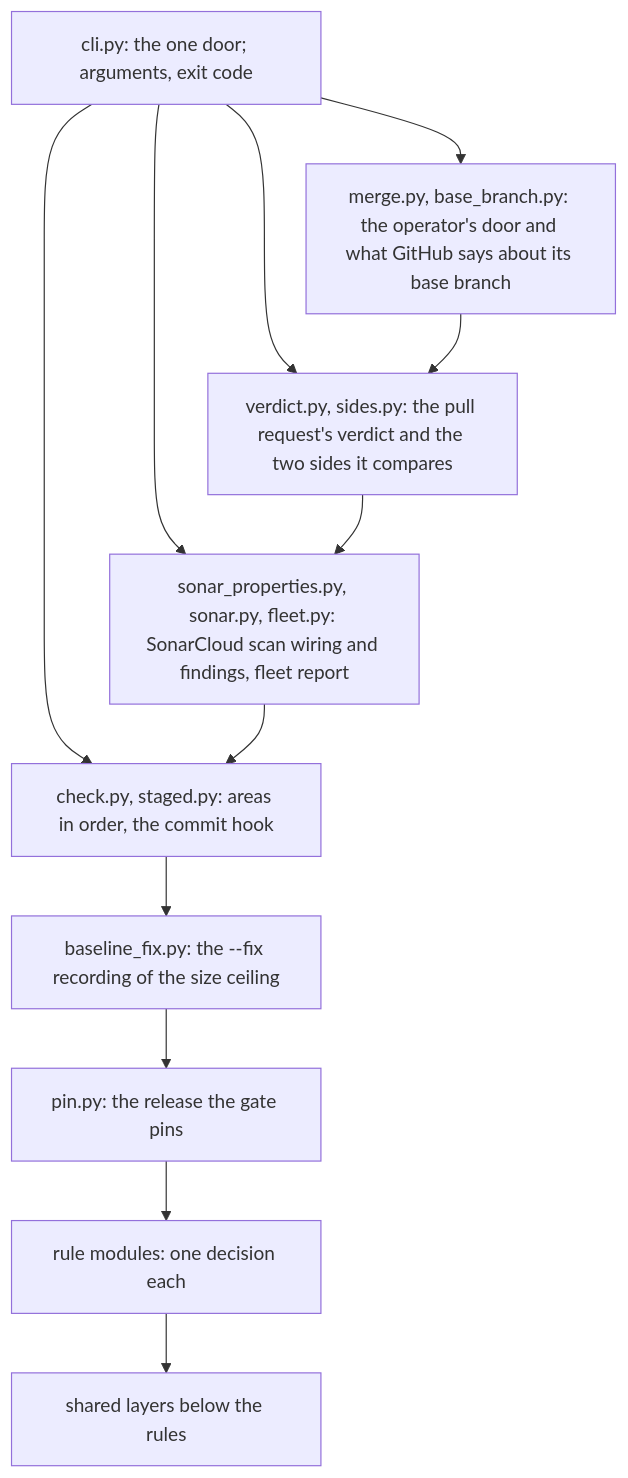
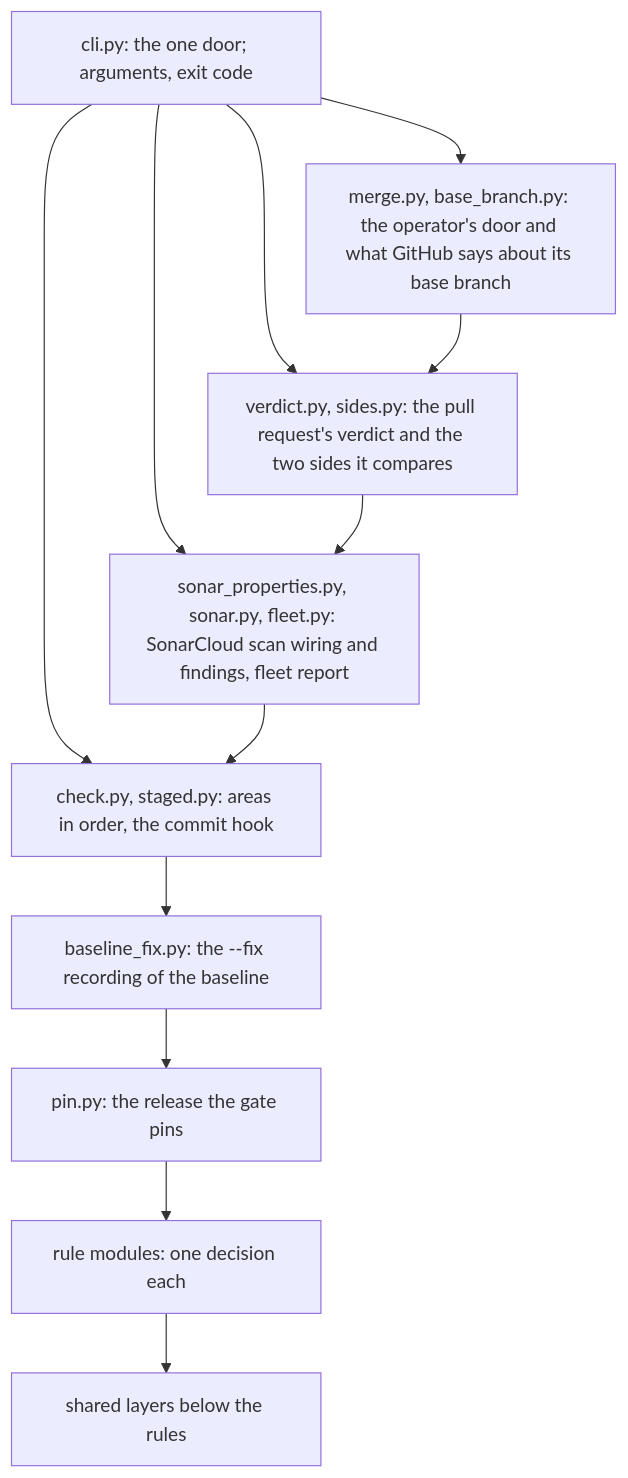
Before and after one commit to overnightworks/quality: the second of 3 diagrams in docs/ARCHITECTURE.md, drawn with Mermaid. The commit also changed 21 other files, not shown here.

````diff
--- a/docs/ARCHITECTURE.md
+++ b/docs/ARCHITECTURE.md
@@ -44,23 +44,23 @@
 ```mermaid
 flowchart TB
     cli["cli.py: the one door; arguments, exit code"]
     door["merge.py, base_branch.py: the operator's door and what GitHub says about its base branch"]
     verdict["verdict.py, sides.py: the pull request's verdict and the two sides it compares"]
     reports["sonar_properties.py, sonar.py, fleet.py: SonarCloud scan wiring and findings, fleet report"]
     check["check.py, staged.py: areas in order, the commit hook"]
-    fix["baseline_fix.py: the --fix recording of the size ceiling"]
+    fix["baseline_fix.py: the --fix recording of the baseline"]
     pin["pin.py: the release the gate pins"]
     rules["rule modules: one decision each"]
     shared["shared layers below the rules"]
     cli --> door
     cli --> verdict
     cli --> reports
     cli --> check
     door --> verdict
     verdict --> reports
     reports --> check
     check --> fix
     fix --> pin
     pin --> rules
     rules --> shared
 ```
````
